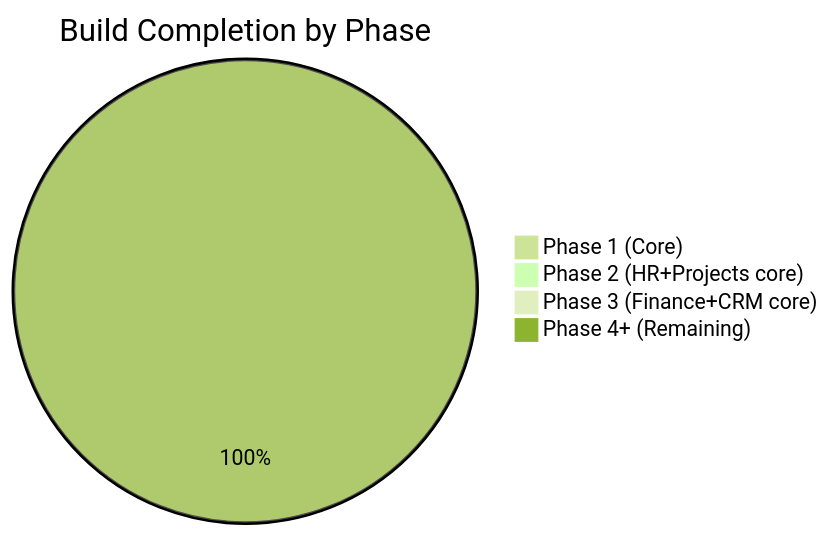
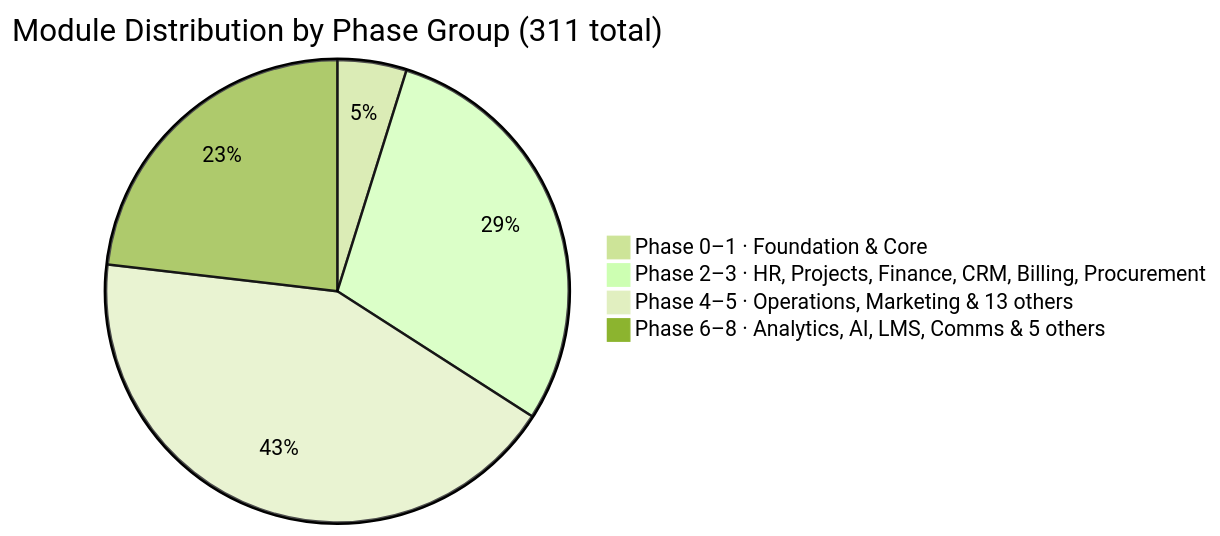
The diagram in flowflex-vault/right-brain/STATUS_Dashboard.md (Max-Nijenkamp/FlowFlex), drawn with Mermaid (forest theme) before and after one commit. The commit also changed other lines of this file and 47 other files, not shown here.

Commit message:
finish flowflex vault

````diff
--- a/flowflex-vault/right-brain/STATUS_Dashboard.md
+++ b/flowflex-vault/right-brain/STATUS_Dashboard.md
@@ -15,7 +16,7 @@
 ```mermaid
-pie title Build Completion by Phase
-    "Phase 1 (Core)" : 0
-    "Phase 2 (HR+Projects core)" : 0
-    "Phase 3 (Finance+CRM core)" : 0
-    "Phase 4+ (Remaining)" : 210
+pie title Module Distribution by Phase Group (311 total)
+    "Phase 0–1 · Foundation & Core" : 15
+    "Phase 2–3 · HR, Projects, Finance, CRM, Billing, Procurement" : 91
+    "Phase 4–5 · Operations, Marketing & 13 others" : 133
+    "Phase 6–8 · Analytics, AI, LMS, Comms & 5 others" : 72
 ```
````
